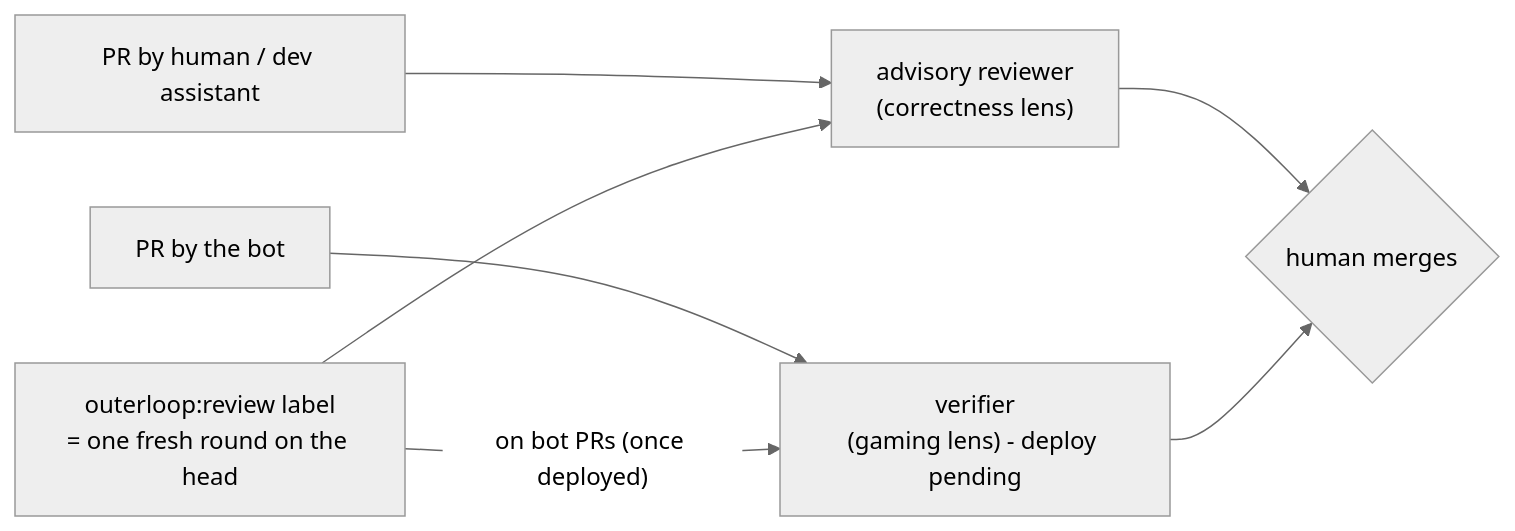
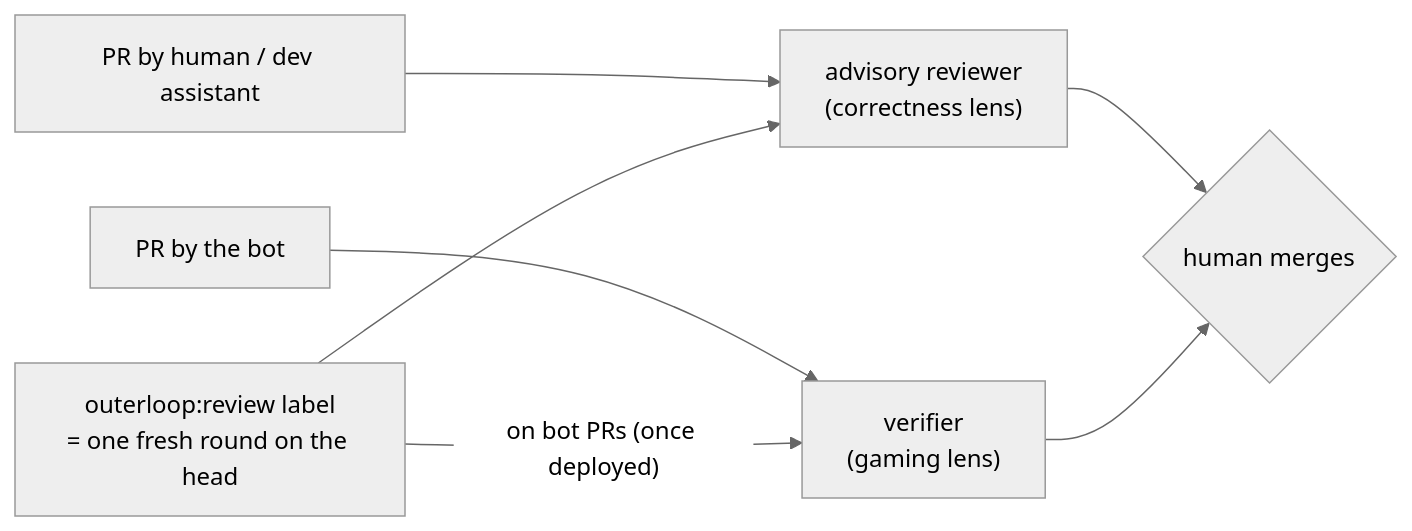
Before and after one commit to 2016choang/outerloop: the fourth of 4 diagrams in docs/design/roles.md, drawn with Mermaid (neutral theme). The commit also changed other lines of this file, not shown here.

Commit message:
roles design note: the hibernation path and the verifier are live

````diff
--- a/docs/design/roles.md
+++ b/docs/design/roles.md
@@ -190,9 +189,9 @@
 ```mermaid
 flowchart LR
     HPR["PR by human / dev assistant"] --> AR["advisory reviewer<br/>(correctness lens)"]
-    BPR["PR by the bot"] --> VF["verifier<br/>(gaming lens) - deploy pending"]
+    BPR["PR by the bot"] --> VF["verifier<br/>(gaming lens)"]
     AR --> HM{human merges}
     VF --> HM
     L["outerloop:review label<br/>= one fresh round on the head"] --> AR
     L -->|"on bot PRs (once deployed)"| VF
 ```
````
